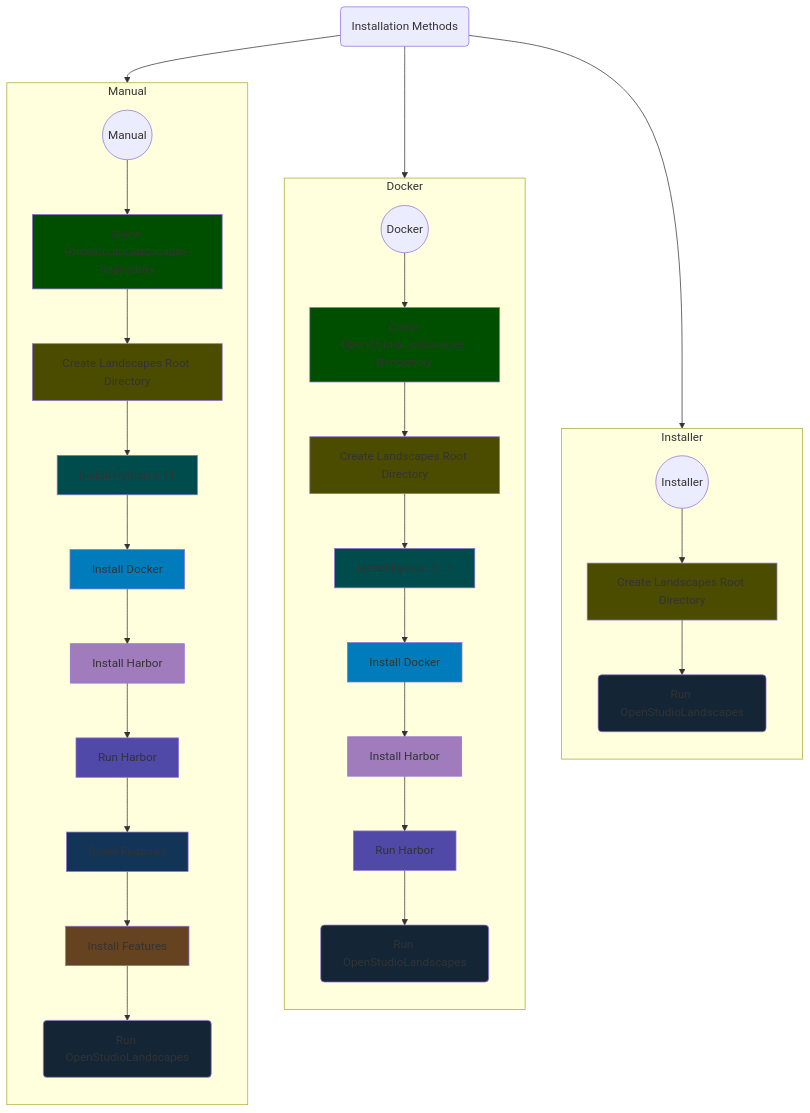
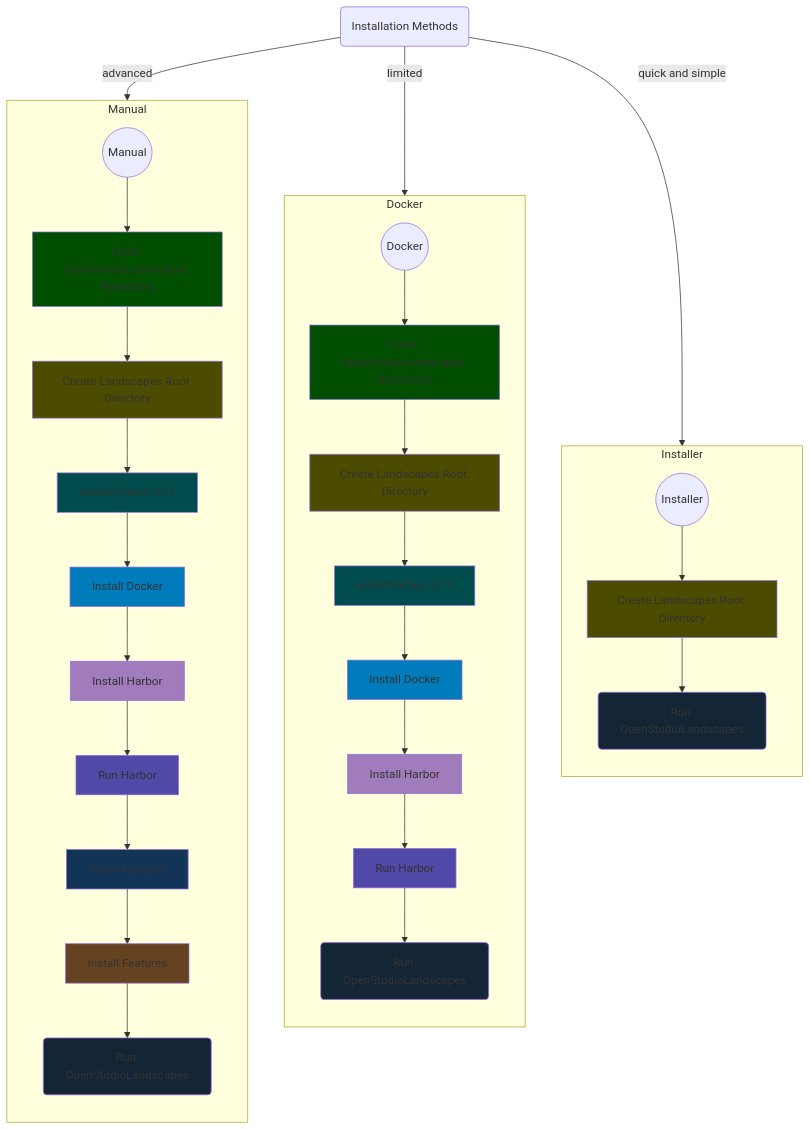
The diagram in wiki/README.md (michimussato/OpenStudioLandscapes), drawn with Mermaid before and after one commit. The commit also changed other lines of this file, not shown here.

Commit message:
refactor

````diff
--- a/wiki/README.md
+++ b/wiki/README.md
@@ -98,7 +98,7 @@
         script --> landscapes_root_script --> run_script
     end
     
-    installation_methods --> block_manual
-    installation_methods --> block_docker
-    installation_methods --> block_installer
+    installation_methods -- advanced --> block_manual
+    installation_methods -- limited --> block_docker
+    installation_methods -- quick and simple --> block_installer
 ```
````
